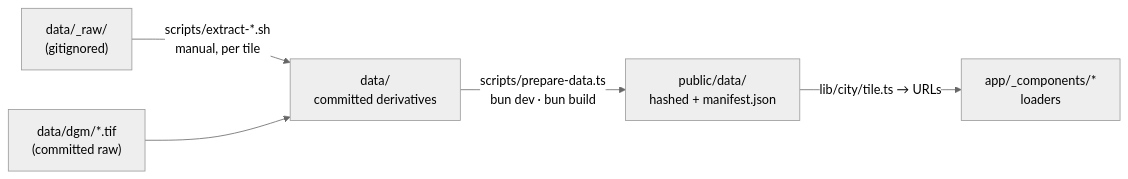
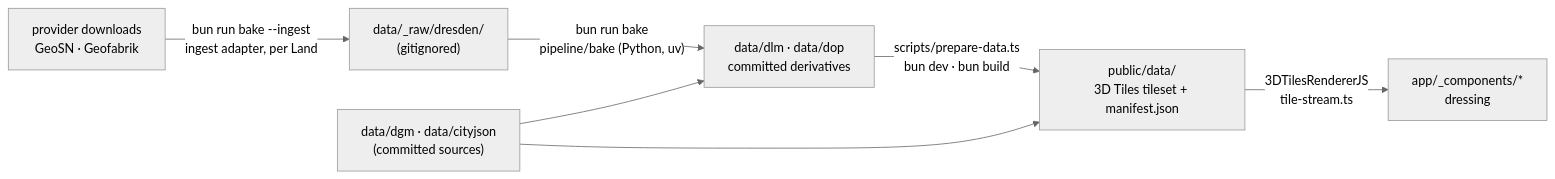
Before and after one commit to mdugue/bridge: the diagram in docs/data-pipeline.md, drawn with Mermaid (neutral theme). The commit also changed other lines of this file and 28 other files, not shown here.

First line of the commit message:
docs: data pipeline, data flow and portability for the Python bakes and the tileset; re-render diagrams

````diff
--- a/docs/data-pipeline.md
+++ b/docs/data-pipeline.md
@@ -9,7 +9,9 @@
 ```mermaid
 flowchart LR
-  RAW["data/_raw/<br/>(gitignored)"] -->|"scripts/extract-*.sh<br/>manual, per tile"| DER["data/<br/>committed derivatives"]
-  DGM["data/dgm/*.tif<br/>(committed raw)"] --> DER
-  DER -->|"scripts/prepare-data.ts<br/>bun dev · bun build"| PUB["public/data/<br/>hashed + manifest.json"]
-  PUB -->|"lib/city/tile.ts → URLs"| APP["app/_components/*<br/>loaders"]
+  PROV["provider downloads<br/>GeoSN · Geofabrik"] -->|"bun run bake --ingest<br/>ingest adapter, per Land"| RAW["data/_raw/dresden/<br/>(gitignored)"]
+  RAW -->|"bun run bake<br/>pipeline/bake (Python, uv)"| DER["data/dlm · data/dop<br/>committed derivatives"]
+  COM["data/dgm · data/cityjson<br/>(committed sources)"] --> DER
+  COM --> PUB
+  DER -->|"scripts/prepare-data.ts<br/>bun dev · bun build"| PUB["public/data/<br/>3D Tiles tileset + manifest.json"]
+  PUB -->|"3DTilesRendererJS<br/>tile-stream.ts"| APP["app/_components/*<br/>dressing"]
 ```
````
